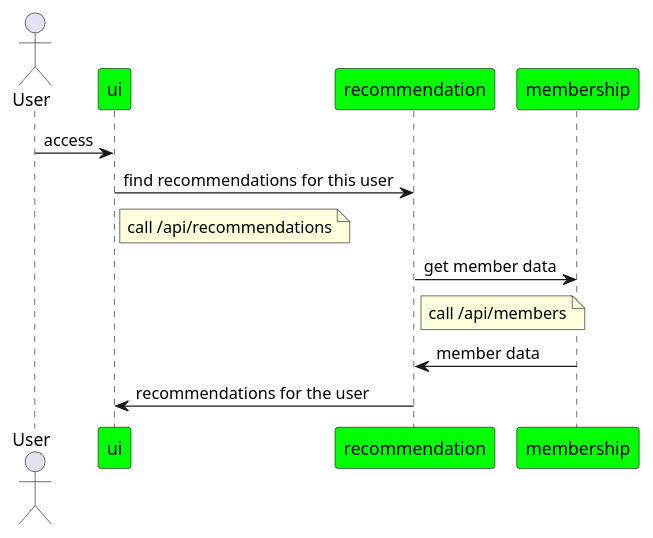
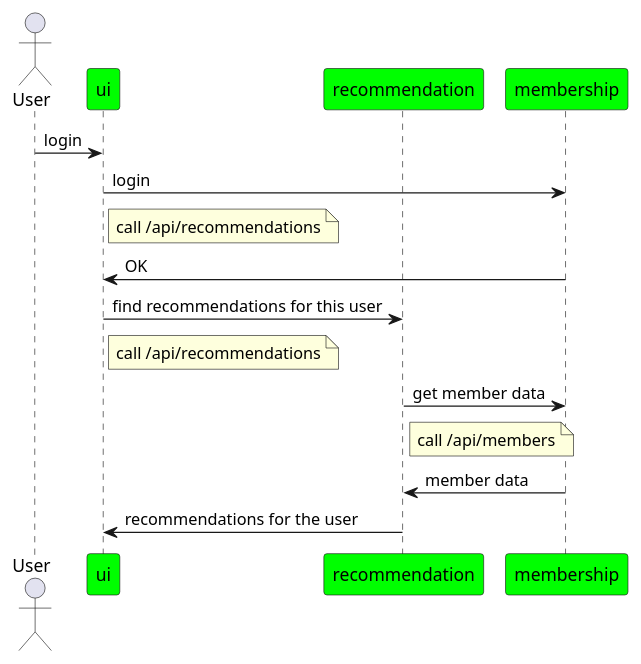
The diagram in uml/overview.pu (hageyahhoo/ui), drawn with PlantUML before and after one commit. The commit also changed 2 other files, not shown here.

Commit message:
Added login sequence

```diff
--- a/uml/overview.pu
+++ b/uml/overview.pu
@@ -1,13 +1,16 @@
 @startuml
 actor User
 participant ui #lime
 participant recommendation #lime
 participant membership #lime
-User -> ui : access
+User -> ui : login
+ui -> membership : login
+note right of ui : call /api/recommendations
+membership -> ui : OK
 ui -> recommendation : find recommendations for this user
 note right of ui : call /api/recommendations
 recommendation -> membership : get member data
 note right of recommendation : call /api/members
 membership -> recommendation : member data
 recommendation -> ui : recommendations for the user
 @enduml
```
